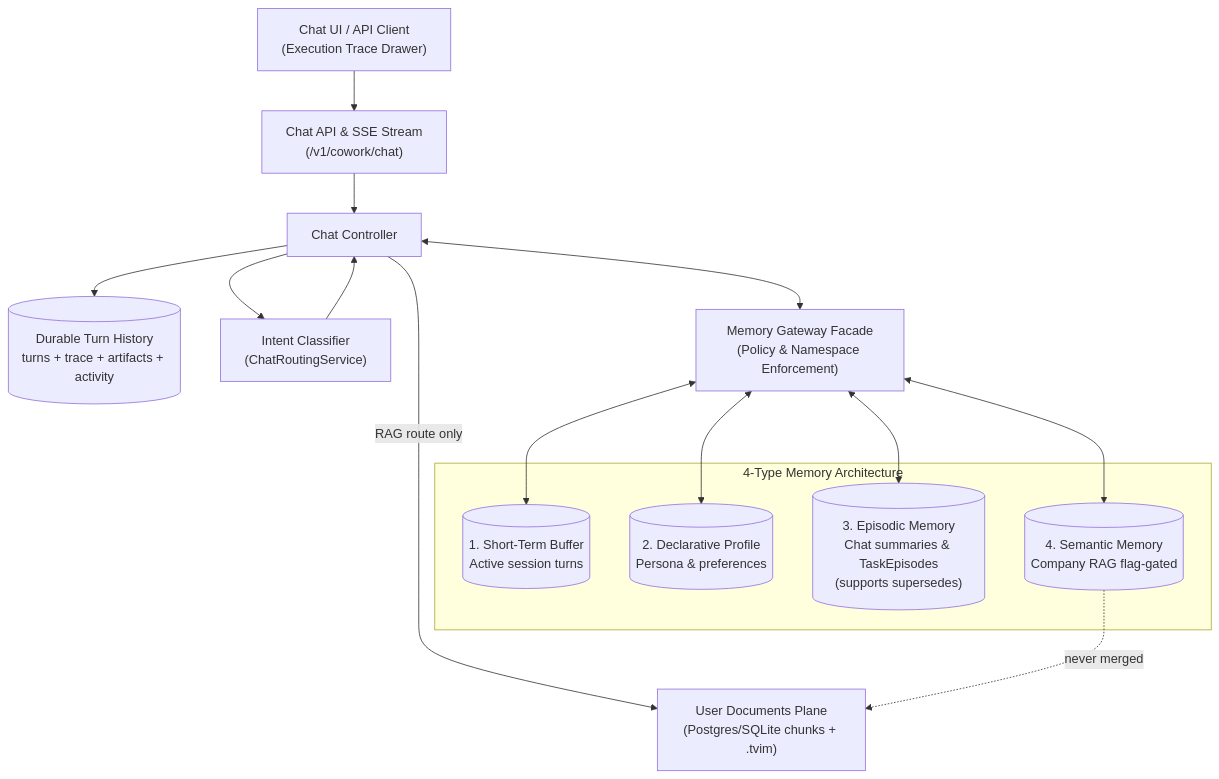
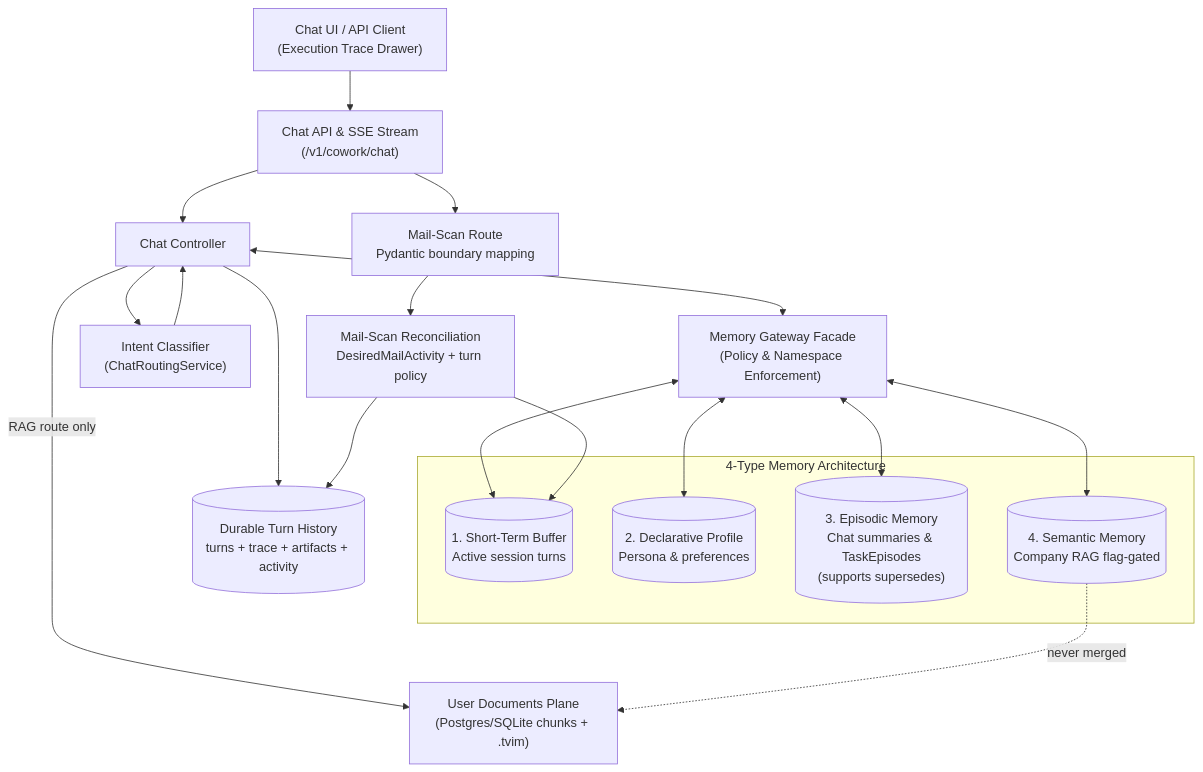
Before and after one commit to MathematicGuy/EMAIL-AGENT-v1: the diagram in docs/architectures/current-architectures/02-ai-chat-and-typed-memory.md, drawn with Mermaid. The commit also changed other lines of this file and 7 other files, not shown here.

Commit message:
refactor(chat): move mail scan reconciliation below transport

````diff
--- a/docs/architectures/current-architectures/02-ai-chat-and-typed-memory.md
+++ b/docs/architectures/current-architectures/02-ai-chat-and-typed-memory.md
@@ -16,24 +17,28 @@
 ```mermaid
 flowchart TB
     CLIENT["Chat UI / API Client<br/>(Execution Trace Drawer)"] --> SSE["Chat API & SSE Stream<br/>(/v1/cowork/chat)"]
     SSE --> CHAT["Chat Controller"]
     CHAT --> HISTORY[("Durable Turn History<br/>turns + trace + artifacts + activity")]
+    SSE --> MAIL_ROUTE["Mail-Scan Route<br/>Pydantic boundary mapping"]
+    MAIL_ROUTE --> MAIL_POLICY["Mail-Scan Reconciliation<br/>DesiredMailActivity + turn policy"]
+    MAIL_POLICY --> HISTORY
     CHAT --> CLS["Intent Classifier<br/>(ChatRoutingService)"]
     CLS --> CHAT
     CHAT <--> GATEWAY["Memory Gateway Facade<br/>(Policy & Namespace Enforcement)"]
 
     subgraph MEMORY["4-Type Memory Architecture"]
         SHORT[("1. Short-Term Buffer<br/>Active session turns")]
         DECL[("2. Declarative Profile<br/>Persona & preferences")]
         EPISODE[("3. Episodic Memory<br/>Chat summaries & TaskEpisodes<br/>(supports supersedes)")]
         SEMANTIC[("4. Semantic Memory<br/>Company RAG flag-gated")]
     end
 
     GATEWAY <--> SHORT
+    MAIL_POLICY --> SHORT
     GATEWAY <--> DECL
     GATEWAY <--> EPISODE
     GATEWAY <--> SEMANTIC
 
     CHAT -->|"RAG route only"| UDOC["User Documents Plane<br/>(Postgres/SQLite chunks + .tvim)"]
     SEMANTIC -.->|"never merged"| UDOC
 ```
````
